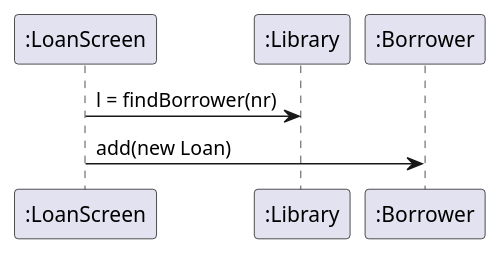
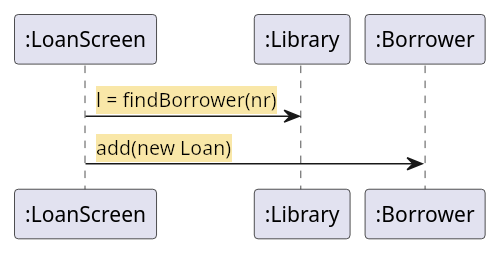
One commit to HAN-Craftsmanship-KL-JJG/oose-study changed diagram 11 of 23 in app/check-design/_sections/common-mistakes-before-and-after.mdx. Above: the diagram before and after it, drawn with PlantUML. The commit also changed other lines of this file and 37 other files, not shown here.

````diff
--- a/app/check-design/_sections/common-mistakes-before-and-after.mdx
+++ b/app/check-design/_sections/common-mistakes-before-and-after.mdx
@@ -141,7 +141,7 @@
 ```plantuml
     participant ":LoanScreen" as UI
     participant ":Library" as B
     participant ":Borrower" as L
-    UI -> B : l = findBorrower(nr)
-    UI -> L : add(new Loan)
+    UI -> B : <back:#F9E7A8>l = findBorrower(nr)</back>
+    UI -> L : <back:#F9E7A8>add(new Loan)</back>
 ```
````
